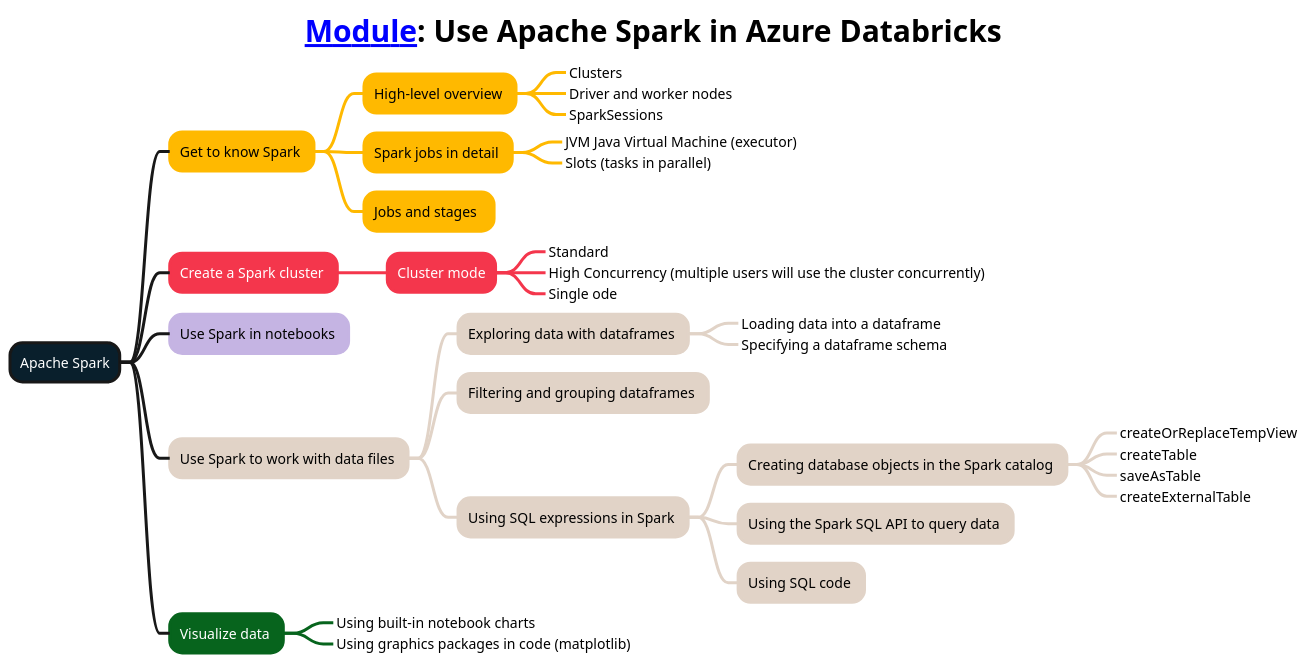
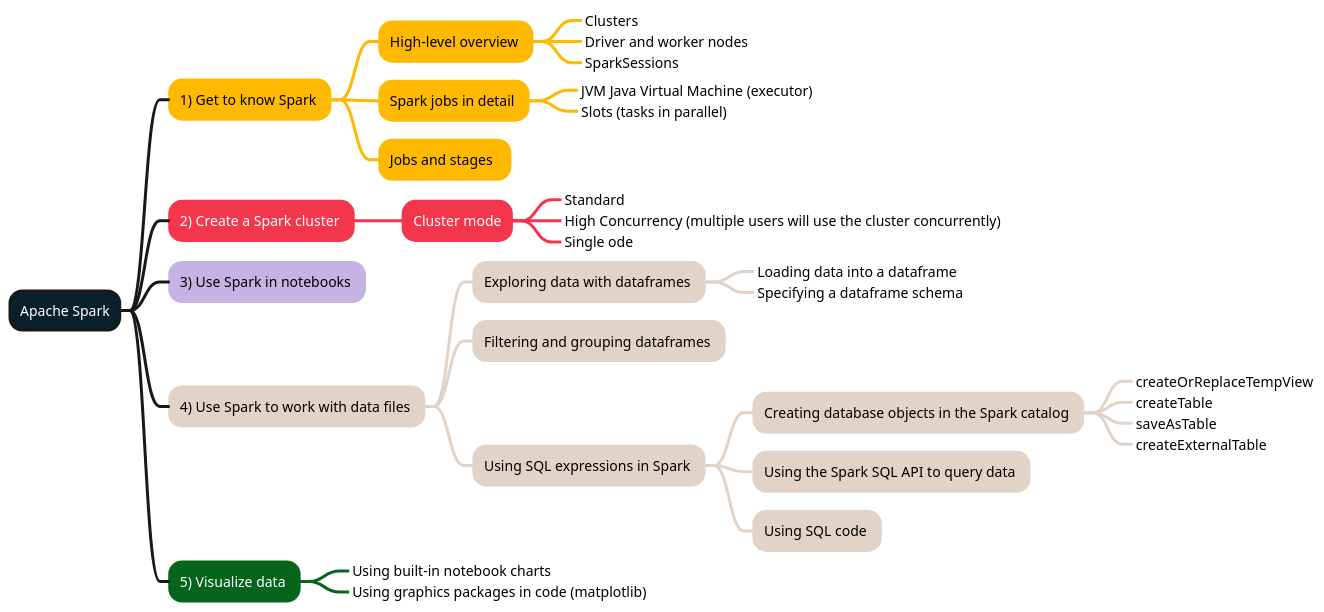
Before and after one commit to weslbo/dp-203: the diagram in mindmaps/23-Use Apache Spark in Azure Databricks.plantuml, drawn with PlantUML. The commit also changed 72 other files, not shown here.

Commit message:
Updated mindmaps

```diff
--- a/mindmaps/23-Use Apache Spark in Azure Databricks.plantuml
+++ b/mindmaps/23-Use Apache Spark in Azure Databricks.plantuml
@@ -1,78 +1,71 @@
 @startmindmap
 <style>
-title {
-        FontSize 30
-        FontColor #000000
-    }
-mindmapDiagram {
-    :depth(0) {
-        BackgroundColor #091f2c
-        FontColor #ffffff
-        LineThickness 3.0
-    }
-    .topic1 {
-        BackgroundColor #ffb900
-        LineColor #ffb900
-        LineThickness 3.0
-        FontColor #000000
-    }
-    .topic2 {
-        BackgroundColor #f4364c
-        LineColor #f4364c
-        LineThickness 3.0
-        FontColor #ffffff
-    }
-    .topic3 {
-        BackgroundColor #c5b4e3
-        LineColor #c5b4e3
-        LineThickness 3.0
-        FontColor #000000
-    }
-    .topic4 {
-        BackgroundColor #e1d3c7
-        LineColor #e1d3c7
-        LineThickness 3.0
-        FontColor #000000
-    }
-    .topic5 {
-        BackgroundColor #07641d
-        LineColor #07641d
-        LineThickness 3.0
-        FontColor #ffffff
-    }
+:depth(0) {
+    BackgroundColor #091f2c
+    FontColor #ffffff
+    LineThickness 3.0
+}
+.topic1 {
+    BackgroundColor #ffb900
+    LineColor #ffb900
+    LineThickness 3.0
+    FontColor #000000
+}
+.topic2 {
+    BackgroundColor #f4364c
+    LineColor #f4364c
+    LineThickness 3.0
+    FontColor #ffffff
+}
+.topic3 {
+    BackgroundColor #c5b4e3
+    LineColor #c5b4e3
+    LineThickness 3.0
+    FontColor #000000
+}
+.topic4 {
+    BackgroundColor #e1d3c7
+    LineColor #e1d3c7
+    LineThickness 3.0
+    FontColor #000000
+}
+.topic5 {
+    BackgroundColor #07641d
+    LineColor #07641d
+    LineThickness 3.0
+    FontColor #ffffff
 }
 </style>
-title [[https://learn.microsoft.com/training/modules/use-apache-spark-azure-databricks/ Module]]: Use Apache Spark in Azure Databricks
 + Apache Spark
-++ Get to know Spark <<topic1>>
+++ 1) Get to know Spark <<topic1>>
 +++ High-level overview <<topic1>>
 ++++_ Clusters
 ++++_ Driver and worker nodes
 ++++_ SparkSessions
 +++ Spark jobs in detail <<topic1>>
 ++++_ JVM Java Virtual Machine (executor)
 ++++_ Slots (tasks in parallel)
 +++ Jobs and stages  <<topic1>>
-++ Create a Spark cluster <<topic2>>
+++ 2) Create a Spark cluster <<topic2>>
 +++ Cluster mode<<topic2>>
 ++++_ Standard
 ++++_ High Concurrency (multiple users will use the cluster concurrently)
 ++++_ Single ode
-++ Use Spark in notebooks <<topic3>>
-++ Use Spark to work with data files <<topic4>>
+++ 3) Use Spark in notebooks <<topic3>>
+++ 4) Use Spark to work with data files <<topic4>>
 +++ Exploring data with dataframes <<topic4>>
 ++++_ Loading data into a dataframe
 ++++_ Specifying a dataframe schema
 +++ Filtering and grouping dataframes <<topic4>>
 +++ Using SQL expressions in Spark <<topic4>>
 ++++ Creating database objects in the Spark catalog <<topic4>>
 +++++_ createOrReplaceTempView
 +++++_ createTable
 +++++_ saveAsTable
 +++++_ createExternalTable
 ++++ Using the Spark SQL API to query data <<topic4>>
 ++++ Using SQL code <<topic4>>
-++ Visualize data <<topic5>>
+++ 5) Visualize data <<topic5>>
 +++_ Using built-in notebook charts
 +++_ Using graphics packages in code (matplotlib)
 @endmindmap
```
